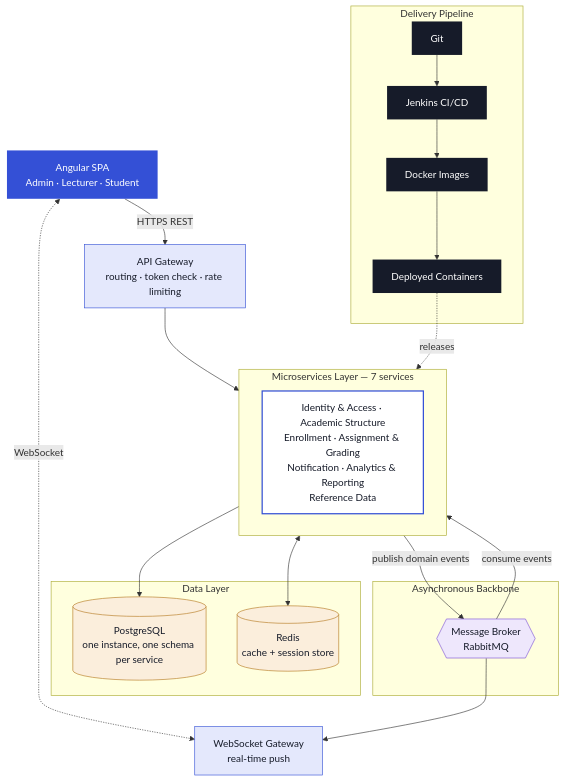
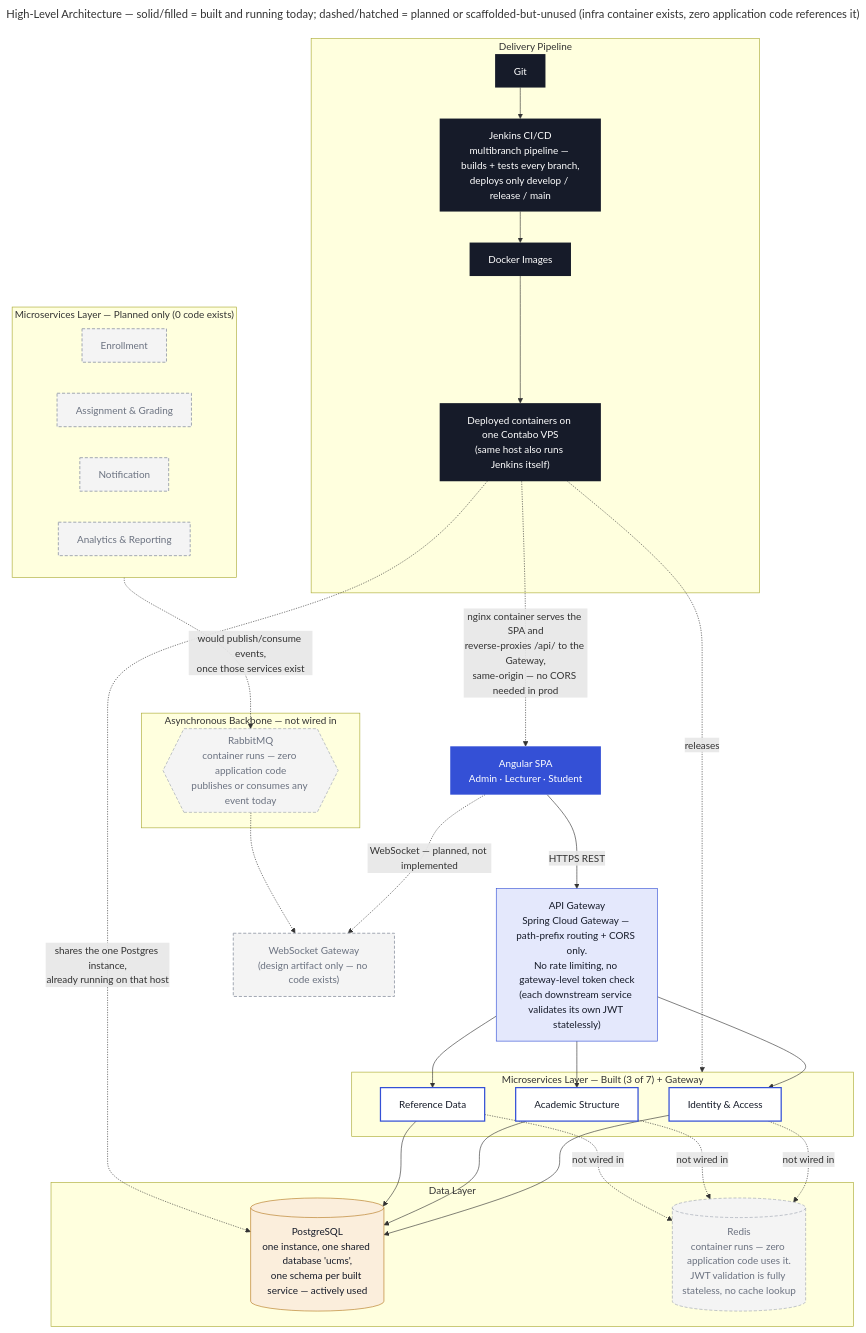
The diagram in docs/architecture/high-level-architecture.mmd (ESD-ONE/University-Course-Management-System), drawn with Mermaid before and after one commit. The commit also changed 21 other files, not shown here.

```diff
--- a/docs/architecture/high-level-architecture.mmd
+++ b/docs/architecture/high-level-architecture.mmd
@@ -1,47 +1,73 @@
+---
+title: "High-Level Architecture — solid/filled = built and running today; dashed/hatched = planned or scaffolded-but-unused (infra container exists, zero application code references it)"
+---
 flowchart TB
     WEB["Angular SPA<br/>Admin · Lecturer · Student"]
 
-    WEB -->|HTTPS REST| GW["API Gateway<br/>routing · token check · rate limiting"]
-    WEB <-.->|WebSocket| WSG["WebSocket Gateway<br/>real-time push"]
+    WEB -->|HTTPS REST| GW["API Gateway<br/>Spring Cloud Gateway — path-prefix routing + CORS only.<br/>No rate limiting, no gateway-level token check<br/>(each downstream service validates its own JWT statelessly)"]
+    WEB -.->|WebSocket — planned, not implemented| WSG["WebSocket Gateway<br/>(design artifact only — no code exists)"]
 
-    subgraph SVCLAYER["Microservices Layer — 7 services"]
-        SVC["Identity & Access · Academic Structure<br/>Enrollment · Assignment & Grading<br/>Notification · Analytics & Reporting<br/>Reference Data"]
+    subgraph BUILT["Microservices Layer — Built (3 of 7) + Gateway"]
+        IAM["Identity & Access"]
+        ACAD["Academic Structure"]
+        REF["Reference Data"]
     end
 
-    GW --> SVCLAYER
+    subgraph PLANNED["Microservices Layer — Planned only (0 code exists)"]
+        ENR["Enrollment"]
+        GRADE["Assignment & Grading"]
+        NOTIF["Notification"]
+        ANALYTICS["Analytics & Reporting"]
+    end
+
+    GW --> IAM
+    GW --> ACAD
+    GW --> REF
 
     subgraph DATALAYER["Data Layer"]
-        PG[("PostgreSQL<br/>one instance, one schema per service")]
-        REDIS[("Redis<br/>cache + session store")]
+        PG[("PostgreSQL<br/>one instance, one shared database 'ucms',<br/>one schema per built service — actively used")]
+        REDIS[("Redis<br/>container runs — zero application code uses it.<br/>JWT validation is fully stateless, no cache lookup")]
     end
 
-    SVCLAYER --> PG
-    SVCLAYER <--> REDIS
+    IAM --> PG
+    ACAD --> PG
+    REF --> PG
+    IAM -.->|not wired in| REDIS
+    ACAD -.->|not wired in| REDIS
+    REF -.->|not wired in| REDIS
 
-    subgraph ASYNC["Asynchronous Backbone"]
-        MQ{{"Message Broker<br/>RabbitMQ"}}
+    subgraph ASYNC["Asynchronous Backbone — not wired in"]
+        MQ{{"RabbitMQ<br/>container runs — zero application code<br/>publishes or consumes any event today"}}
     end
 
-    SVCLAYER -->|publish domain events| MQ
-    MQ -->|consume events| SVCLAYER
-    MQ --> WSG
+    PLANNED -.->|would publish/consume events,<br/>once those services exist| MQ
+    MQ -.-> WSG
 
     subgraph PIPE["Delivery Pipeline"]
-        GIT["Git"] --> CI["Jenkins CI/CD"] --> DOCKER["Docker Images"] --> DEPLOY["Deployed Containers"]
+        GIT["Git"] --> CI["Jenkins CI/CD<br/>multibranch pipeline — builds + tests every branch,<br/>deploys only develop / release / main"]
+        CI --> DOCKER["Docker Images"]
+        DOCKER --> DEPLOY["Deployed containers on one Contabo VPS<br/>(same host also runs Jenkins itself)"]
     end
 
-    DEPLOY -.->|releases| SVCLAYER
+    DEPLOY -.->|releases| BUILT
+    DEPLOY -.->|nginx container serves the SPA and<br/>reverse-proxies /api/ to the Gateway,<br/>same-origin — no CORS needed in prod| WEB
+    DEPLOY -.->|shares the one Postgres instance,<br/>already running on that host| PG
 
     classDef client fill:#3450D6,color:#fff,stroke:none
     classDef gateway fill:#E4E8FC,color:#161B29,stroke:#3450D6
-    classDef svc fill:#FFFFFF,color:#161B29,stroke:#3450D6,stroke-width:2px
+    classDef svcBuilt fill:#FFFFFF,color:#161B29,stroke:#3450D6,stroke-width:2px
+    classDef svcPlanned fill:#F4F4F4,color:#6B7280,stroke:#9CA3AF,stroke-width:1.5px,stroke-dasharray: 5 3
     classDef data fill:#FBEEDC,color:#161B29,stroke:#B4791F
-    classDef async fill:#EEE7FC,color:#161B29,stroke:#7A4FD6
+    classDef dataUnused fill:#F4F4F4,color:#6B7280,stroke:#9CA3AF,stroke-dasharray: 5 3
+    classDef async fill:#F4F4F4,color:#6B7280,stroke:#9CA3AF,stroke-dasharray: 5 3
     classDef pipe fill:#161B29,color:#fff,stroke:none
 
     class WEB client
-    class GW,WSG gateway
-    class SVC svc
-    class PG,REDIS data
+    class GW gateway
+    class WSG svcPlanned
+    class IAM,ACAD,REF svcBuilt
+    class ENR,GRADE,NOTIF,ANALYTICS svcPlanned
+    class PG data
+    class REDIS dataUnused
     class MQ async
     class GIT,CI,DOCKER,DEPLOY pipe
```
